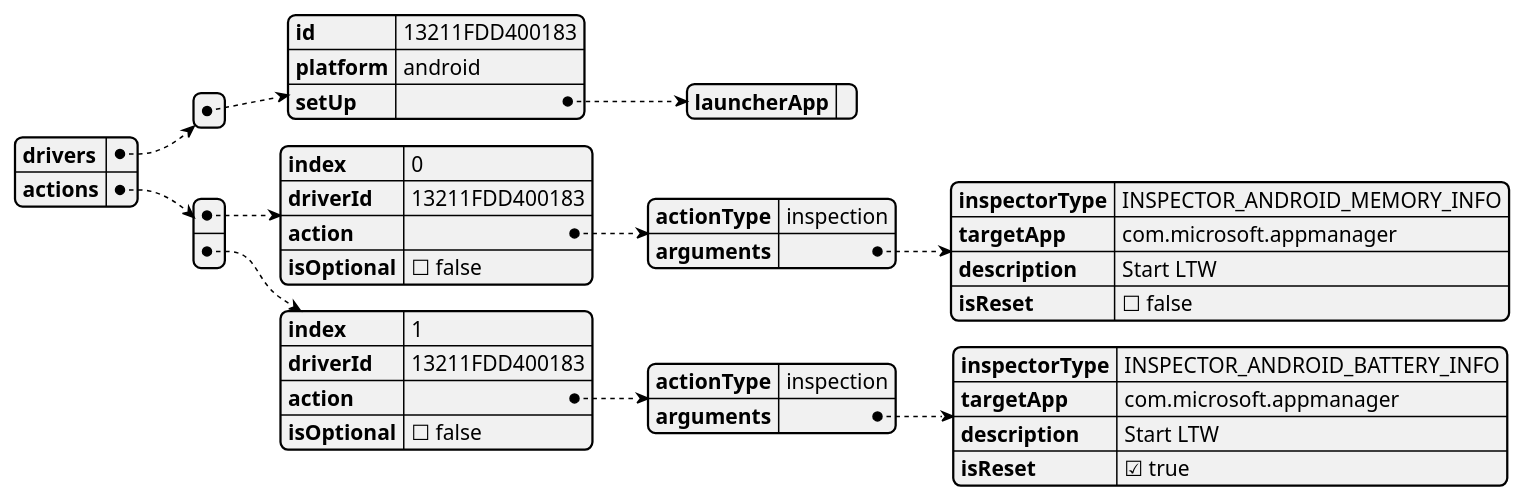
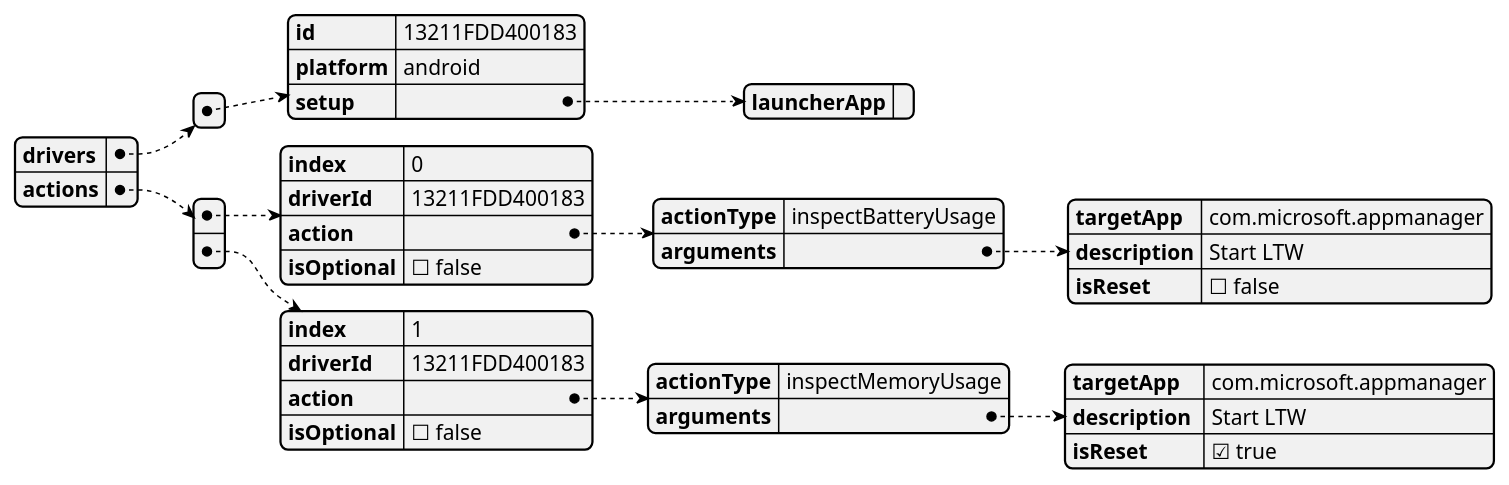
Before and after one commit to microsoft/HydraLab: the second of 4 diagrams in agent/doc/UML/performance_test_design.puml, drawn with PlantUML. The commit also changed 15 other files, not shown here.

```diff
--- a/agent/doc/UML/performance_test_design.puml
+++ b/agent/doc/UML/performance_test_design.puml
@@ -19,46 +19,44 @@
 @startjson taps_to_cases_json_with_performance_test_actions
 {
   "drivers": [
     {
       "id": "13211FDD400183",
       "platform": "android",
 '      Deprecated Name : init
-      "setUp": {
+      "setup": {
         "launcherApp": ""
       }
 '      Can also add tearDown here to match the device action design
     }
   ],
 '  deprecated name: cases
   "actions": [
     {
       "index": 0,
       "driverId": "13211FDD400183",
       "action": {
-        "actionType": "inspection",
+        "actionType": "inspectBatteryUsage",
         "arguments": {
-          "inspectorType": "INSPECTOR_ANDROID_MEMORY_INFO",
           "targetApp": "com.microsoft.appmanager",
           "description": "Start LTW",
           "isReset": false
         }
       },
       "isOptional": false
     },
     {
       "index": 1,
       "driverId": "13211FDD400183",
       "action": {
-        "actionType": "inspection",
+        "actionType": "inspectMemoryUsage",
         "arguments": {
-          "inspectorType": "INSPECTOR_ANDROID_BATTERY_INFO",
           "targetApp ": "com.microsoft.appmanager",
           "description ": "Start LTW",
           "isReset": true
         }
       },
       "isOptional": false
     }
   ]
 }
 @endjson
```
